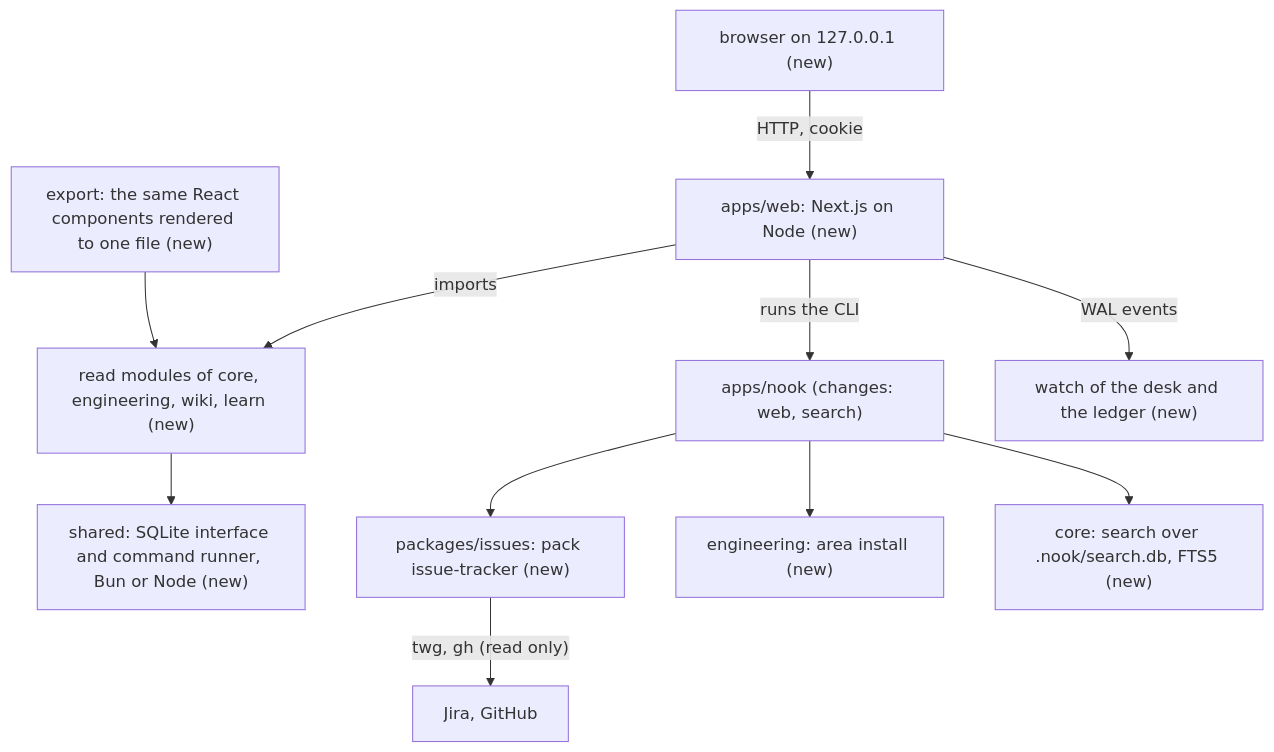
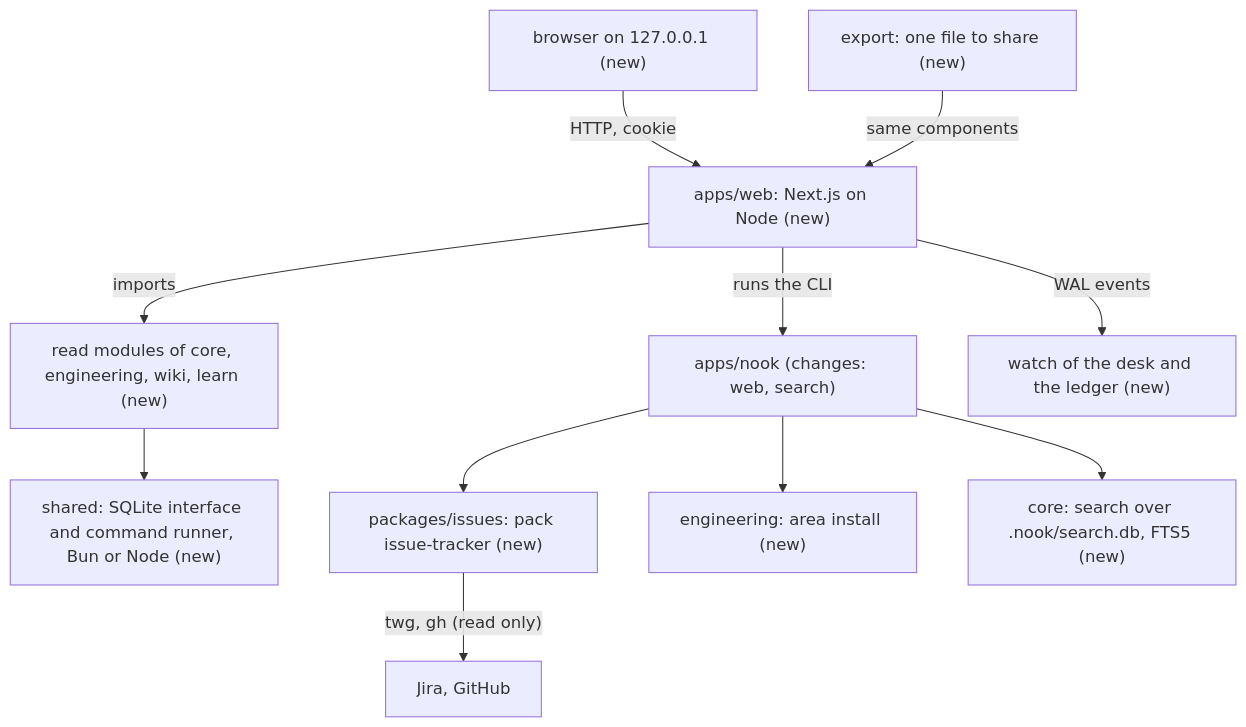
Before and after one commit to lamtran8401/nook: the second of 3 diagrams in docs/plan/v0.3.md, drawn with Mermaid. The commit also changed other lines of this file, not shown here.

First line of the commit message:
Make the plan diagrams read cleanly in the Bench library

````diff
--- a/docs/plan/v0.3.md
+++ b/docs/plan/v0.3.md
@@ -26,13 +26,13 @@
 ```mermaid
 flowchart TB
   browser["browser on 127.0.0.1 (new)"] -->|"HTTP, cookie"| web["apps/web: Next.js on Node (new)"]
   web -->|"imports"| read["read modules of core, engineering, wiki, learn (new)"]
   web -->|"runs the CLI"| app["apps/nook (changes: web, search)"]
   web -->|"WAL events"| watch["watch of the desk and the ledger (new)"]
   read --> shared["shared: SQLite interface and command runner, Bun or Node (new)"]
   app --> issues["packages/issues: pack issue-tracker (new)"]
   issues -->|"twg, gh (read only)"| trackers["Jira, GitHub"]
   app --> install["engineering: area install (new)"]
   app --> search["core: search over .nook/search.db, FTS5 (new)"]
-  export["export: the same React components rendered to one file (new)"] --> read
+  export["export: one file to share (new)"] -->|"same components"| web
 ```
````
